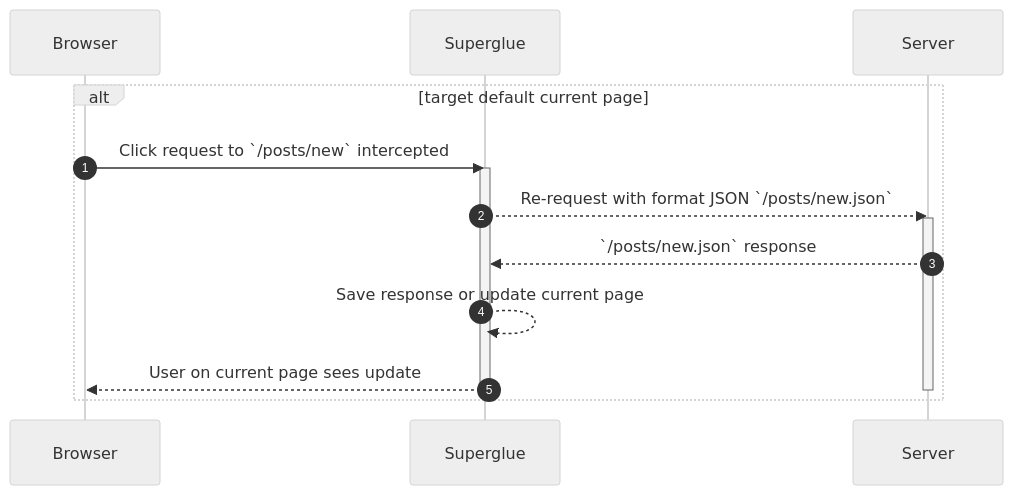
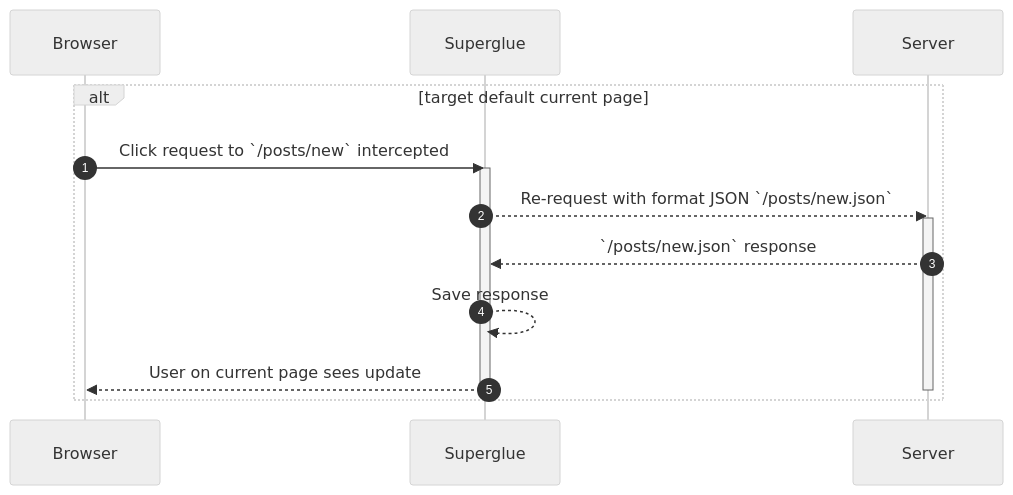
Before and after one commit to thoughtbot/superglue: the second of 3 diagrams in docs/requests.md, drawn with Mermaid (neutral theme). The commit also changed other lines of this file and 5 other files, not shown here.

````diff
--- a/docs/requests.md
+++ b/docs/requests.md
@@ -62,15 +61,15 @@
 ```mermaid
 sequenceDiagram
   alt target default current page
     autonumber
     Browser ->> Superglue: Click request to `/posts/new` intercepted
     activate Superglue
     Superglue -->> Server: Re-request with format JSON `/posts/new.json`
     activate Server
     Server -->> Superglue: `/posts/new.json` response
-    Superglue -->> Superglue: Save response or update current page
+    Superglue -->> Superglue: Save response
     Superglue -->> Browser: User on current page sees update
     deactivate Server
     deactivate Superglue
   end
 ```
````
